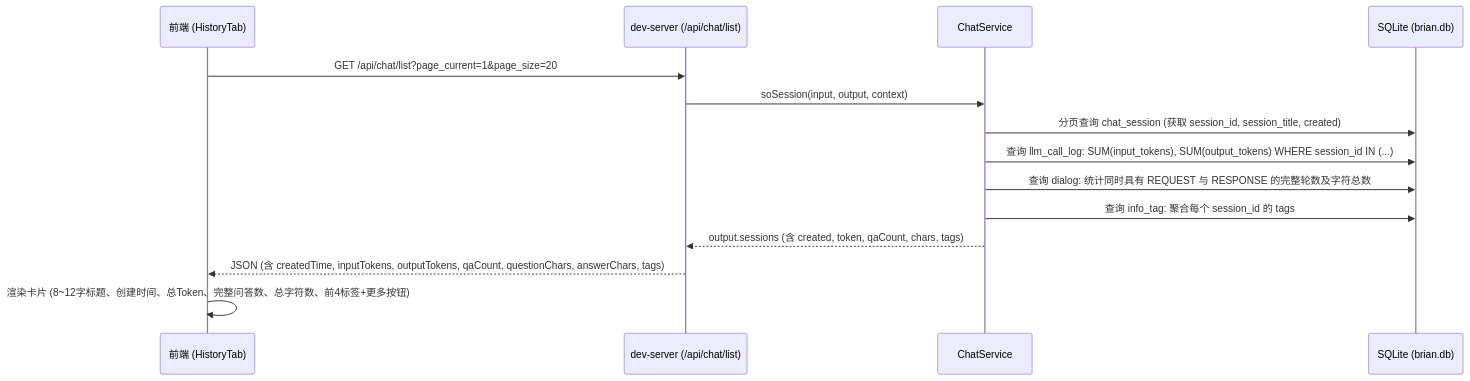
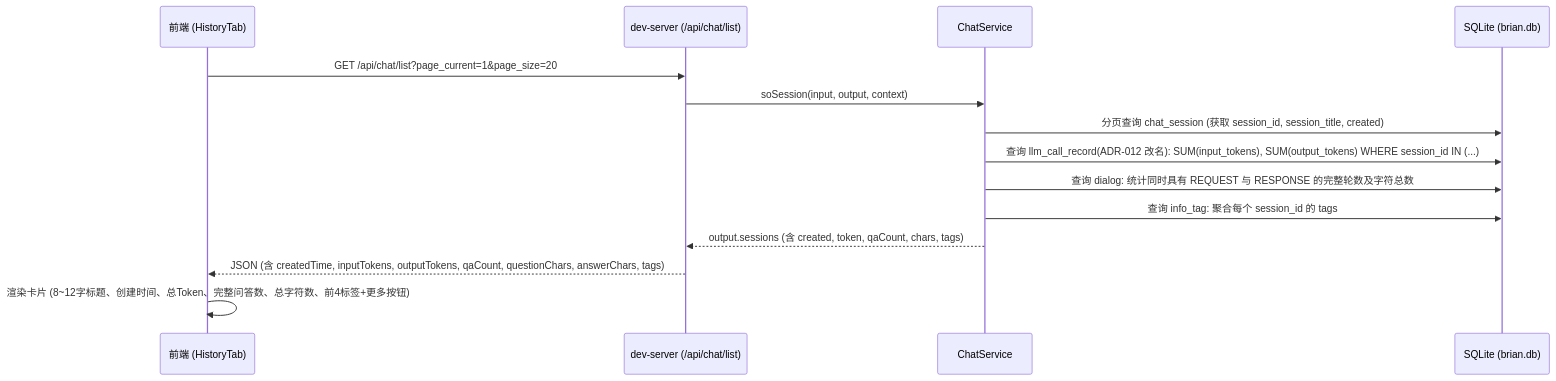
One commit to zhaoxuan-inside/brian-agent changed the third of 6 diagrams in _04_framework_design/02_data_flow.md. Above: the diagram before and after it, drawn with Mermaid. The commit also changed other lines of this file and 386 other files, not shown here.

````diff
--- a/_04_framework_design/02_data_flow.md
+++ b/_04_framework_design/02_data_flow.md
@@ -87,16 +119,16 @@
 ```mermaid
 sequenceDiagram
     participant FE as 前端 (HistoryTab)
     participant DS as dev-server (/api/chat/list)
     participant CS as ChatService
     participant RD as SQLite (brian.db)
     FE->>DS: GET /api/chat/list?page_current=1&page_size=20
     DS->>CS: soSession(input, output, context)
     CS->>RD: 分页查询 chat_session (获取 session_id, session_title, created)
-    CS->>RD: 查询 llm_call_log: SUM(input_tokens), SUM(output_tokens) WHERE session_id IN (...)
+    CS->>RD: 查询 llm_call_record(ADR-012 改名): SUM(input_tokens), SUM(output_tokens) WHERE session_id IN (...)
     CS->>RD: 查询 dialog: 统计同时具有 REQUEST 与 RESPONSE 的完整轮数及字符总数
     CS->>RD: 查询 info_tag: 聚合每个 session_id 的 tags
     CS-->>DS: output.sessions (含 created, token, qaCount, chars, tags)
     DS-->>FE: JSON (含 createdTime, inputTokens, outputTokens, qaCount, questionChars, answerChars, tags)
     FE->>FE: 渲染卡片 (8~12字标题、创建时间、总Token、完整问答数、总字符数、前4标签+更多按钮)
 ```
````
